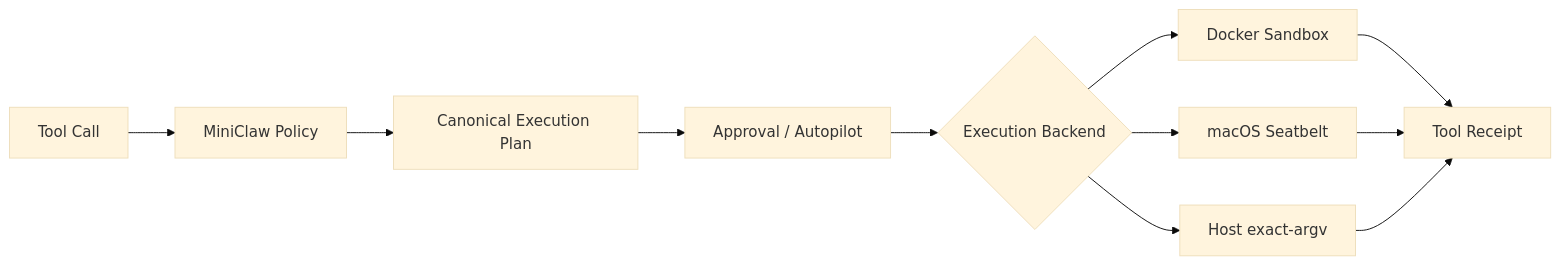
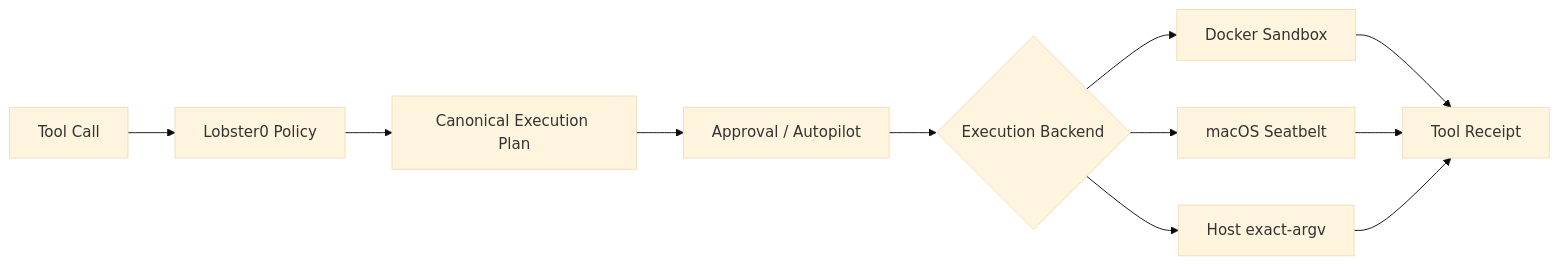
One commit to NEDONION/lobster0 changed the fourth of 9 diagrams in docs/engineering/20260808_openclaw-hermes-alignment-engineering-roadmap.md. Above: the diagram before and after it, drawn with Mermaid (base theme). The commit also changed other lines of this file and 221 other files, not shown here.

````diff
--- a/docs/engineering/20260808_openclaw-hermes-alignment-engineering-roadmap.md
+++ b/docs/engineering/20260808_openclaw-hermes-alignment-engineering-roadmap.md
@@ -312,13 +312,13 @@
 ```mermaid
 flowchart LR
-    CALL["Tool Call"] --> POLICY["MiniClaw Policy"]
+    CALL["Tool Call"] --> POLICY["Lobster0 Policy"]
     POLICY --> PLAN["Canonical Execution Plan"]
     PLAN --> APPROVAL["Approval / Autopilot"]
     APPROVAL --> BACKEND{"Execution Backend"}
     BACKEND --> HOST["Host exact-argv"]
     BACKEND --> CONTAINER["Docker Sandbox"]
     BACKEND --> SEATBELT["macOS Seatbelt"]
     CONTAINER --> RECEIPT["Tool Receipt"]
     SEATBELT --> RECEIPT
     HOST --> RECEIPT
 ```
````
